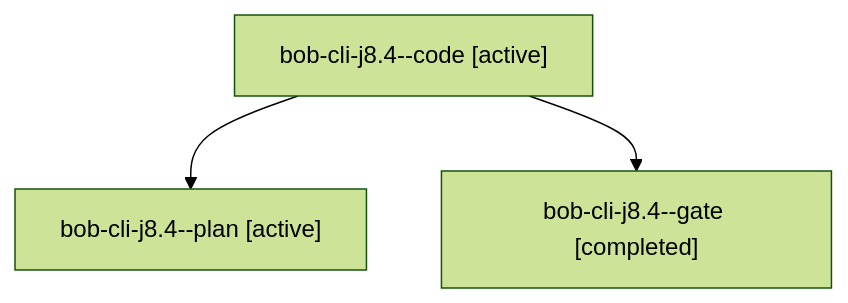
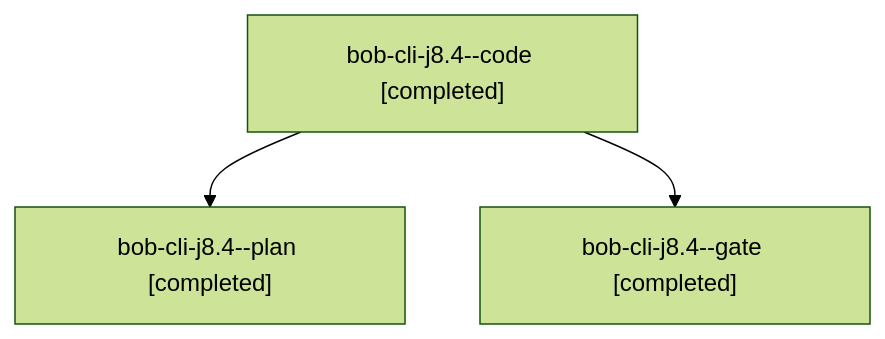
Before and after one commit to bobs-org/bob-cli--agents: the diagram in sessions/bbugyi200.apollo.bob-cli-j8.4.md, drawn with Mermaid (forest theme). The commit also changed other lines of this file and 79 other files, not shown here.

````diff
--- a/sessions/bbugyi200.apollo.bob-cli-j8.4.md
+++ b/sessions/bbugyi200.apollo.bob-cli-j8.4.md
@@ -9,8 +9,8 @@
 ```mermaid
 flowchart TD
-  n0["bob-cli-j8.4--code [active]"]
-  n1["bob-cli-j8.4--plan [active]"]
+  n0["bob-cli-j8.4--code [completed]"]
+  n1["bob-cli-j8.4--plan [completed]"]
   n0 --> n1
   n2["bob-cli-j8.4--gate [completed]"]
   n0 --> n2
 ```
````
